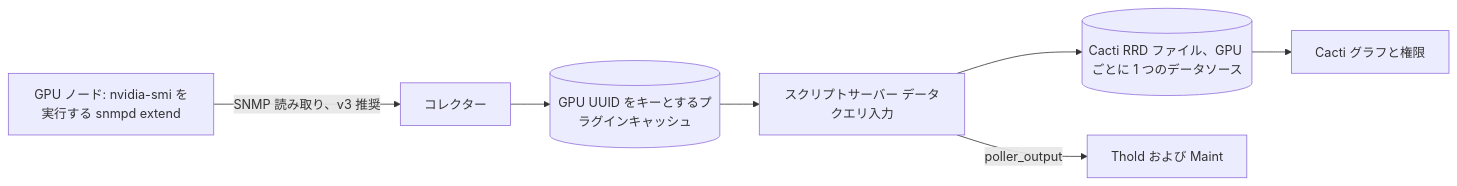
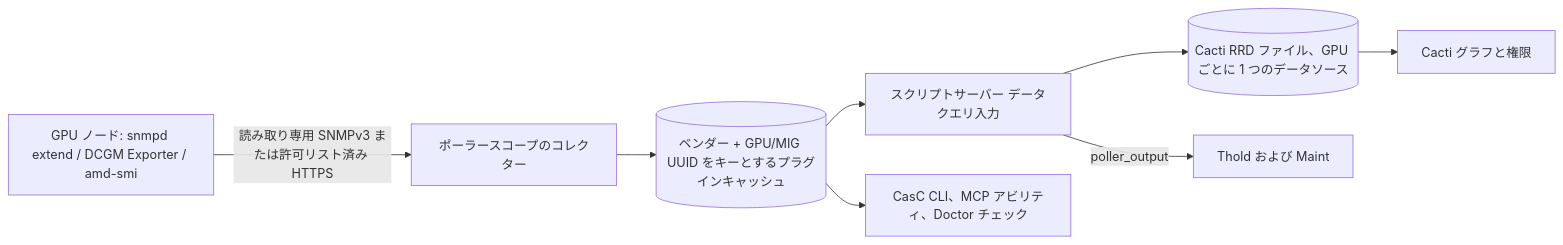
The diagram in docs/i18n/ja-JP/README.md (somethingwithproof/plugin_gpu), drawn with Mermaid before and after one commit. The commit also changed other lines of this file and 47 other files, not shown here.

````diff
--- a/docs/i18n/ja-JP/README.md
+++ b/docs/i18n/ja-JP/README.md
@@ -106,9 +106,10 @@
 ```mermaid
 flowchart LR
-    NODE[GPU ノード: nvidia-smi を実行する snmpd extend] -->|SNMP 読み取り、v3 推奨| C[コレクター]
-    C --> CACHE[(GPU UUID をキーとするプラグインキャッシュ)]
+    NODE["GPU ノード: snmpd extend / DCGM Exporter / amd-smi"] -->|読み取り専用 SNMPv3 または許可リスト済み HTTPS| C[ポーラースコープのコレクター]
+    C --> CACHE[("ベンダー + GPU/MIG UUID をキーとするプラグインキャッシュ")]
     CACHE --> SS[スクリプトサーバー データクエリ入力]
+    CACHE --> ECO["CasC CLI、MCP アビリティ、Doctor チェック"]
     SS --> RRD[(Cacti RRD ファイル、GPU ごとに 1 つのデータソース)]
     SS -->|poller_output| T[Thold および Maint]
     RRD --> G[Cacti グラフと権限]
 ```
````
